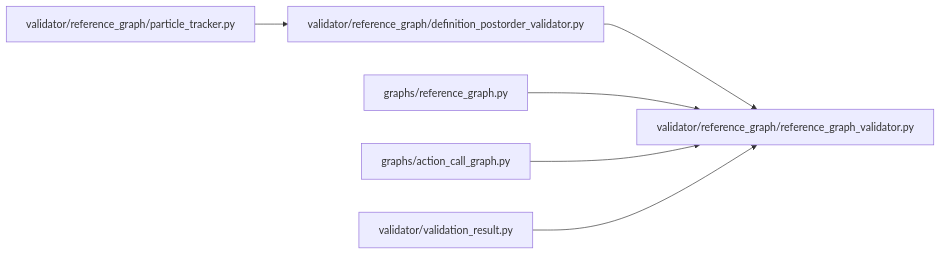
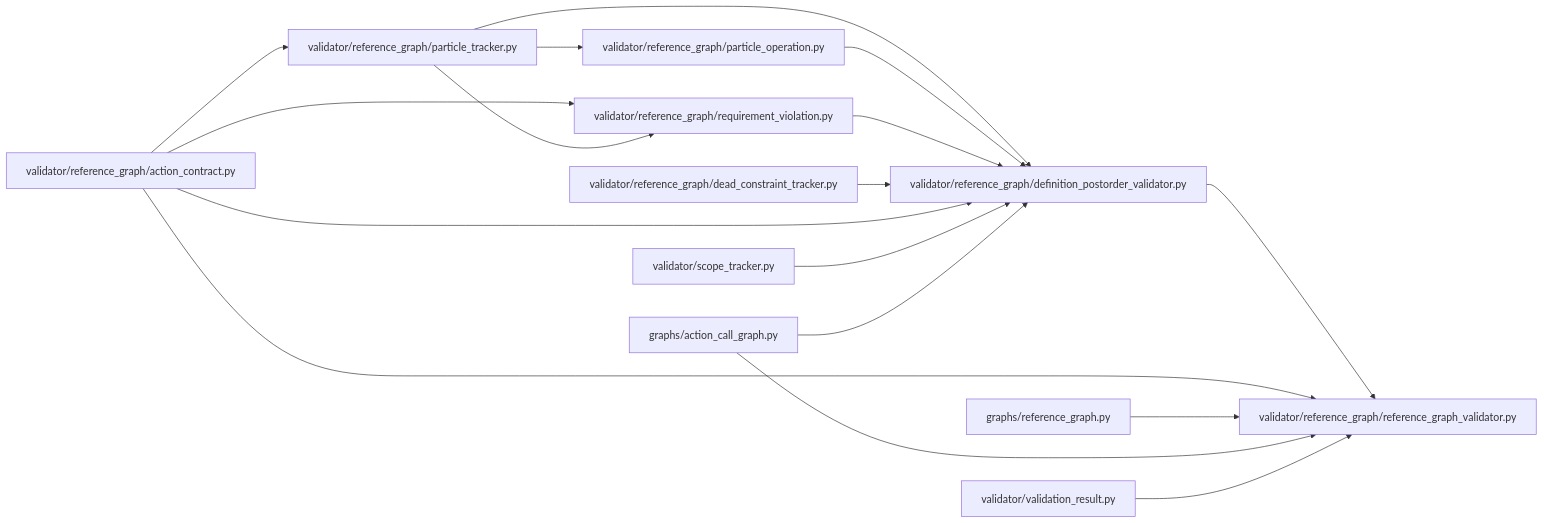
One commit to define-lang/define changed the fifth of 7 diagrams in define/AGENTS.md. Above: the diagram before and after it, drawn with Mermaid.

Commit message:
Update the reference-graph validation diagram in AGENTS.md
Add the action_contract, particle_operation, requirement_violation, and
dead_constraint_tracker modules and their real import edges, plus the
scope_tracker and action_call_graph dependencies of the postorder validator.

````diff
--- a/define/AGENTS.md
+++ b/define/AGENTS.md
@@ -73,9 +73,20 @@
 ```mermaid
 flowchart LR
     ReferenceGraphValidator["validator/reference_graph/reference_graph_validator.py"]
     DefinitionPostorderValidator["validator/reference_graph/definition_postorder_validator.py"] --> ReferenceGraphValidator
-    DPTracker["validator/reference_graph/particle_tracker.py"] --> DefinitionPostorderValidator
+    ActionContract["validator/reference_graph/action_contract.py"] --> ReferenceGraphValidator
+    ParticleTracker["validator/reference_graph/particle_tracker.py"] --> DefinitionPostorderValidator
+    ParticleOperation["validator/reference_graph/particle_operation.py"] --> DefinitionPostorderValidator
+    RequirementViolation["validator/reference_graph/requirement_violation.py"] --> DefinitionPostorderValidator
+    DeadConstraintTracker["validator/reference_graph/dead_constraint_tracker.py"] --> DefinitionPostorderValidator
+    ActionContract --> DefinitionPostorderValidator
+    ActionContract --> ParticleTracker
+    ActionContract --> RequirementViolation
+    ParticleTracker --> ParticleOperation
+    ParticleTracker --> RequirementViolation
+    ScopeTracker["validator/scope_tracker.py"] --> DefinitionPostorderValidator
     ReferenceGraph["graphs/reference_graph.py"] --> ReferenceGraphValidator
     ActionCallGraph["graphs/action_call_graph.py"] --> ReferenceGraphValidator
+    ActionCallGraph --> DefinitionPostorderValidator
     ValidationResult["validator/validation_result.py"] --> ReferenceGraphValidator
 ```
````
